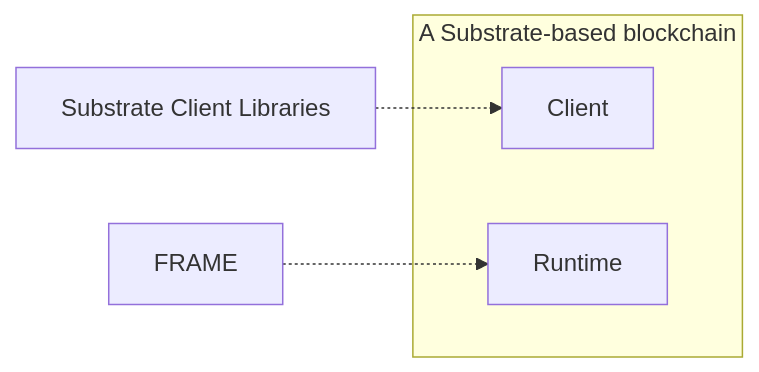
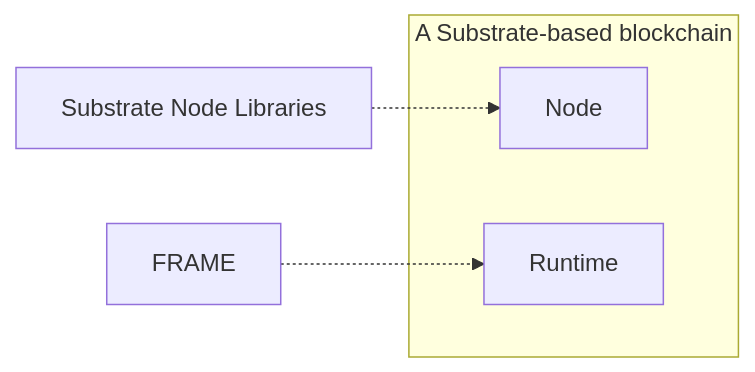
The diagram in docs/mermaid/polkadot_sdk_substrate.mmd (paritytech/polkadot-sdk), drawn with Mermaid before and after one commit. The commit also changed 30 other files, not shown here.

```diff
--- a/docs/mermaid/polkadot_sdk_substrate.mmd
+++ b/docs/mermaid/polkadot_sdk_substrate.mmd
@@ -1,8 +1,8 @@
 flowchart LR
 	subgraph SubstrateChain[A Substrate-based blockchain]
-		Client
+		Node
 		Runtime
 	end
 
     FRAME -.-> Runtime
-    Substrate[Substrate Client Libraries] -.-> Client
+    Substrate[Substrate Node Libraries] -.-> Node
```
